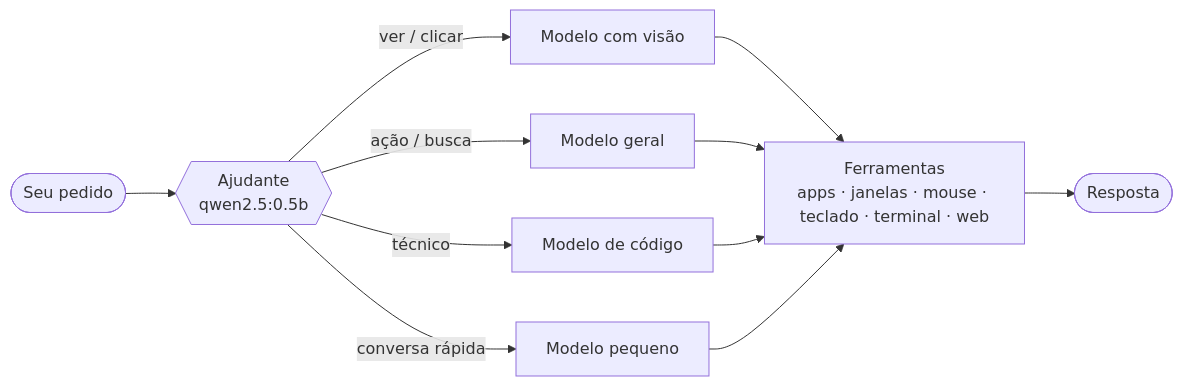
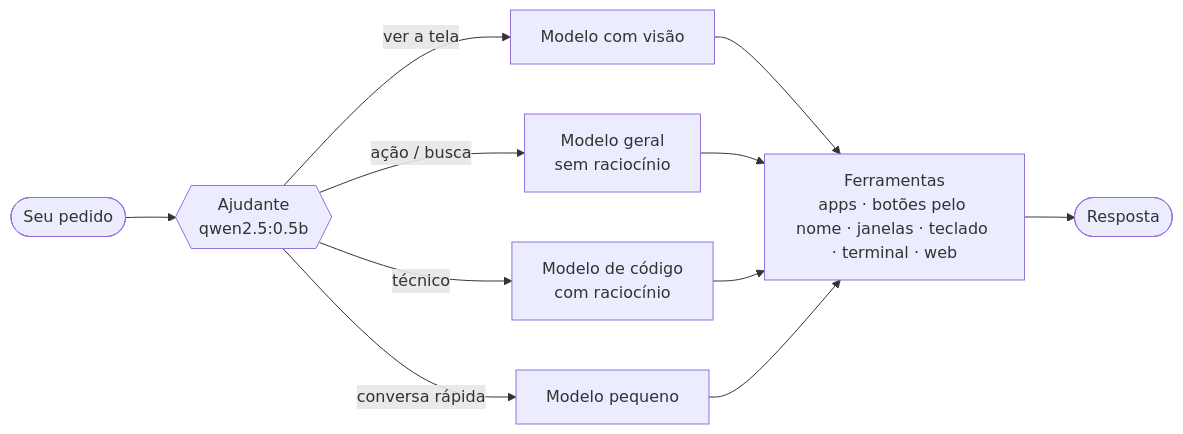
One commit to enzorcasao-ctrl/Tars-lightweight-local-addon changed the diagram in README.md. Above: the diagram before and after it, drawn with Mermaid. The commit also changed other lines of this file and 2 other files, not shown here.

````diff
--- a/README.md
+++ b/README.md
@@ -98,10 +104,10 @@
 ```mermaid
 flowchart LR
     P([Seu pedido]) --> A{{Ajudante<br/>qwen2.5:0.5b}}
-    A -- "ver / clicar" --> V[Modelo com visão]
-    A -- "ação / busca" --> G[Modelo geral]
-    A -- "técnico" --> C[Modelo de código]
+    A -- "ver a tela" --> V[Modelo com visão]
+    A -- "ação / busca" --> G[Modelo geral<br/>sem raciocínio]
+    A -- "técnico" --> C[Modelo de código<br/>com raciocínio]
     A -- "conversa rápida" --> R[Modelo pequeno]
-    V & G & C & R --> F[Ferramentas<br/>apps · janelas · mouse · teclado · terminal · web]
+    V & G & C & R --> F[Ferramentas<br/>apps · botões pelo nome · janelas · teclado · terminal · web]
     F --> S([Resposta])
 ```
````
